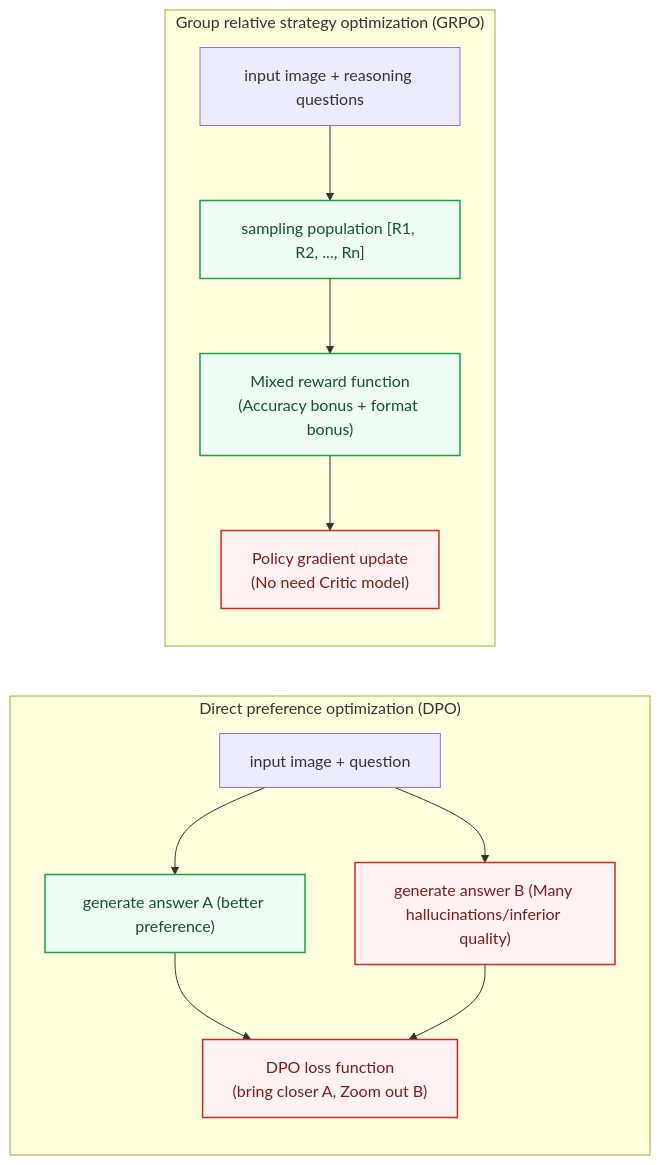
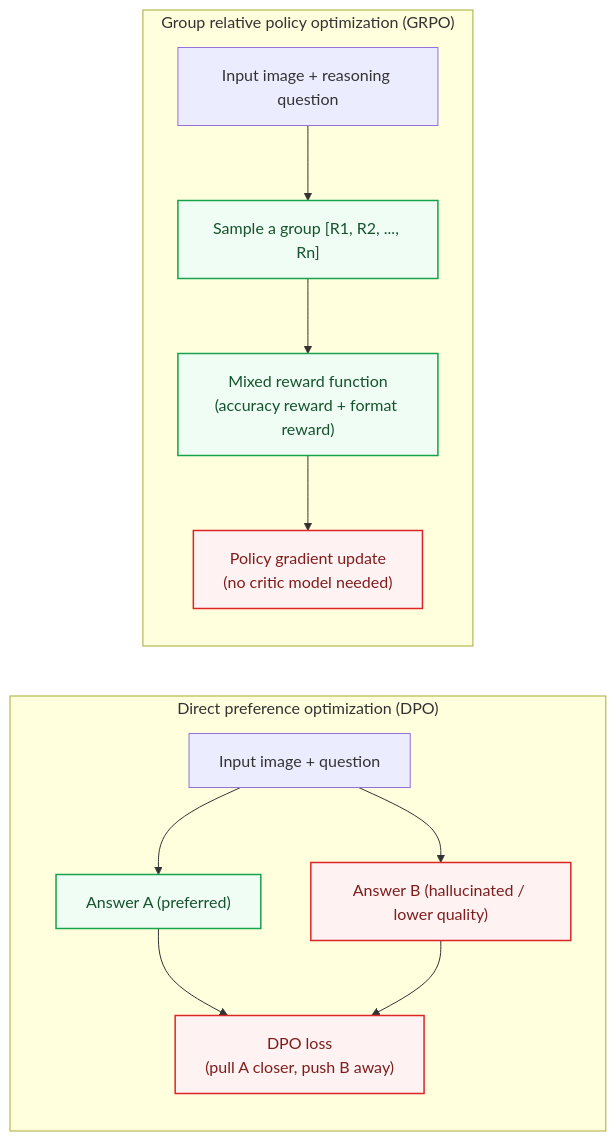
Before and after one commit to TingdeLiu/tingdeliu.github.io: the sixth of 15 diagrams in _translations/en/research/VLM-Survey.md, drawn with Mermaid. The commit also changed other lines of this file and 51 other files, not shown here.

````diff
--- a/_translations/en/research/VLM-Survey.md
+++ b/_translations/en/research/VLM-Survey.md
@@ -897,19 +897,19 @@
 ```mermaid
 flowchart LR
     classDef step fill:#f0fdf4,stroke:#16a34a,stroke-width:1.5px,color:#14532d;
     classDef loss fill:#fef2f2,stroke:#dc2626,stroke-width:1.5px,color:#7f1d1d;
 
     subgraph DPO ["Direct preference optimization (DPO)"]
         direction TB
-        InputD["input image + question"] --> RespA["generate answer A (better preference)"]:::step
-        InputD --> RespB["generate answer B (Many hallucinations/inferior quality)"]:::loss
-        RespA & RespB --> LossDPO["DPO loss function\n(bring closer A, Zoom out B)"]:::loss
+        InputD["Input image + question"] --> RespA["Answer A (preferred)"]:::step
+        InputD --> RespB["Answer B (hallucinated / lower quality)"]:::loss
+        RespA & RespB --> LossDPO["DPO loss\n(pull A closer, push B away)"]:::loss
     end
 
-    subgraph GRPO ["Group relative strategy optimization (GRPO)"]
+    subgraph GRPO ["Group relative policy optimization (GRPO)"]
         direction TB
-        InputG["input image + reasoning questions"] --> Samples["sampling population [R1, R2, ..., Rn]"]:::step
-        Samples --> RewardFunc["Mixed reward function\n(Accuracy bonus + format bonus)"]:::step
-        RewardFunc --> PolicyUpdate["Policy gradient update\n(No need Critic model)"]:::loss
+        InputG["Input image + reasoning question"] --> Samples["Sample a group [R1, R2, ..., Rn]"]:::step
+        Samples --> RewardFunc["Mixed reward function\n(accuracy reward + format reward)"]:::step
+        RewardFunc --> PolicyUpdate["Policy gradient update\n(no critic model needed)"]:::loss
     end
 ```
````
